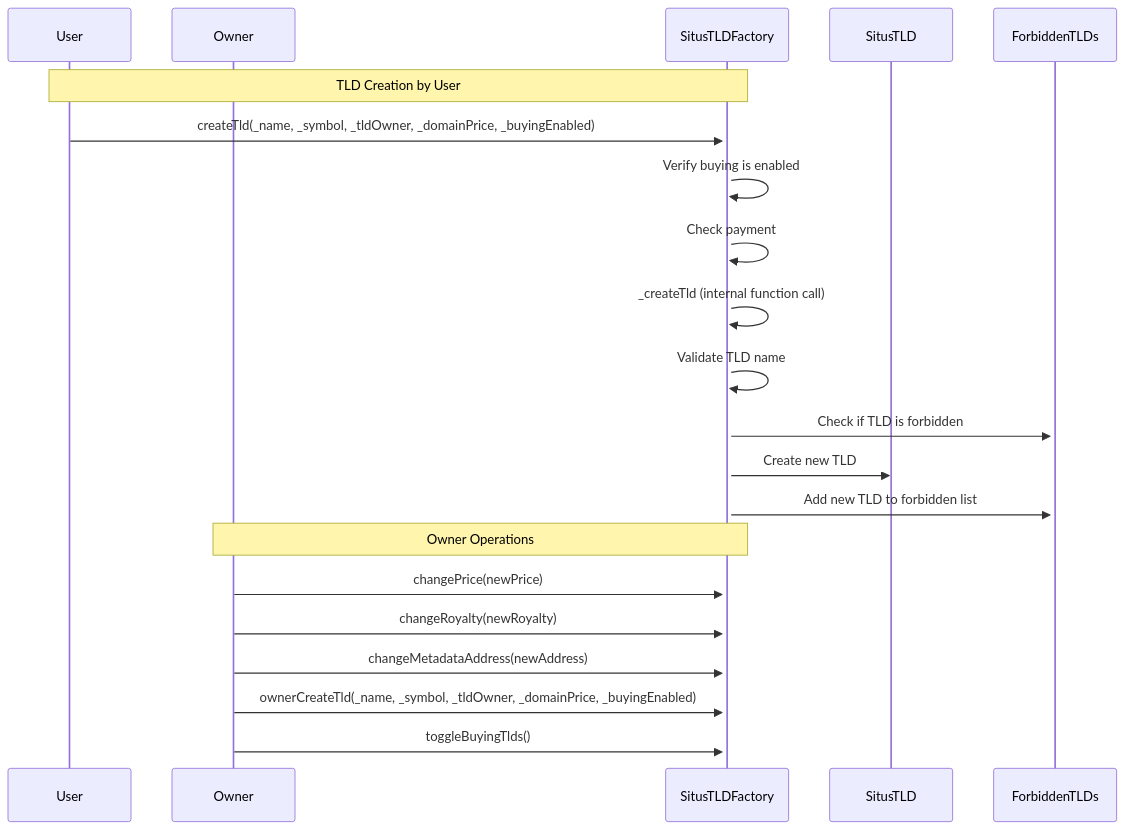
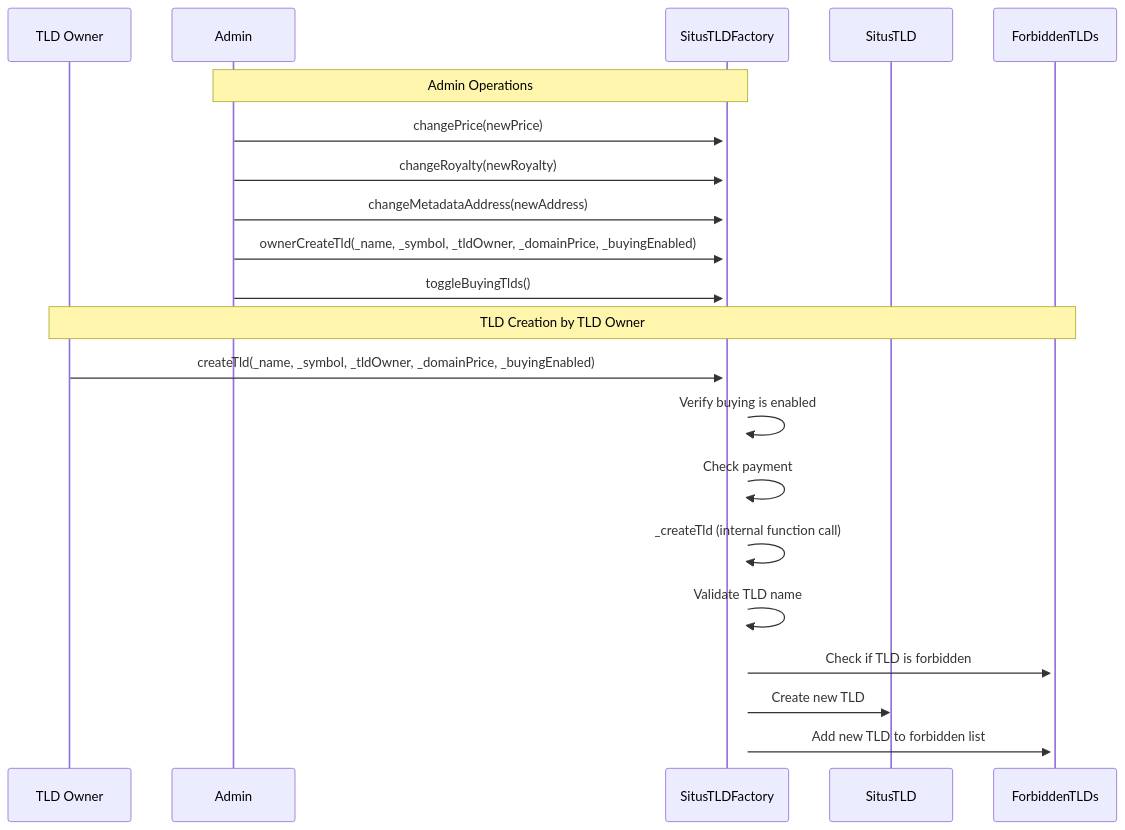
One commit to basin-global/Situs-Protocol changed the second of 3 diagrams in README.md. Above: the diagram before and after it, drawn with Mermaid. The commit also changed other lines of this file, not shown here.

Commit message:
Rename users on sequence diagrams

````diff
--- a/README.md
+++ b/README.md
@@ -31,24 +31,24 @@
 ```mermaid
 sequenceDiagram
-    participant A as User
-    participant O as Owner
+    participant O as TLD Owner
+    participant A as Admin
     participant F as SitusTLDFactory
     participant S as SitusTLD
     participant T as ForbiddenTLDs
 
-    Note over A, F: TLD Creation by User
-    A->>+F: createTld(_name, _symbol, _tldOwner, _domainPrice, _buyingEnabled)
+    Note over A, F: Admin Operations
+    A->>+F: changePrice(newPrice)
+    A->>+F: changeRoyalty(newRoyalty)
+    A->>+F: changeMetadataAddress(newAddress)
+    A->>+F: ownerCreateTld(_name, _symbol, _tldOwner, _domainPrice, _buyingEnabled)
+    A->>F: toggleBuyingTlds()
+    Note over O, T: TLD Creation by TLD Owner
+    O->>+F: createTld(_name, _symbol, _tldOwner, _domainPrice, _buyingEnabled)
     F->>F: Verify buying is enabled
     F->>F: Check payment
     F->>F: _createTld (internal function call)
     F->>F: Validate TLD name
     F->>+T: Check if TLD is forbidden
     F->>S: Create new TLD
     F->>T: Add new TLD to forbidden list
-    Note over O, F: Owner Operations
-    O->>+F: changePrice(newPrice)
-    O->>+F: changeRoyalty(newRoyalty)
-    O->>+F: changeMetadataAddress(newAddress)
-    O->>+F: ownerCreateTld(_name, _symbol, _tldOwner, _domainPrice, _buyingEnabled)
-    O->>F: toggleBuyingTlds()
 ```
````
